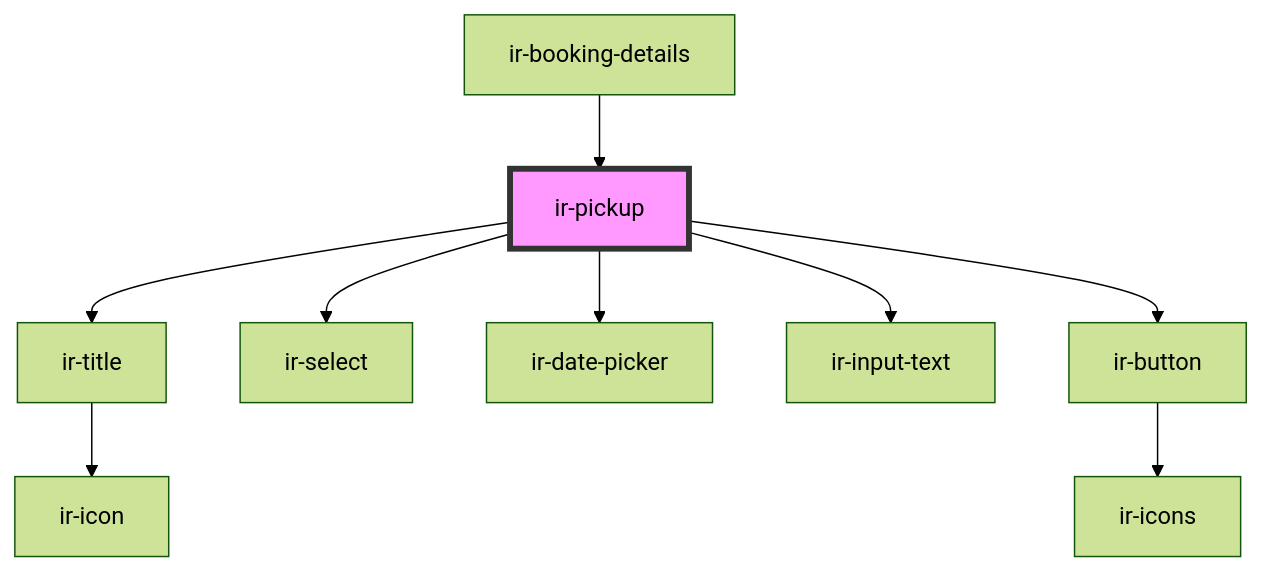
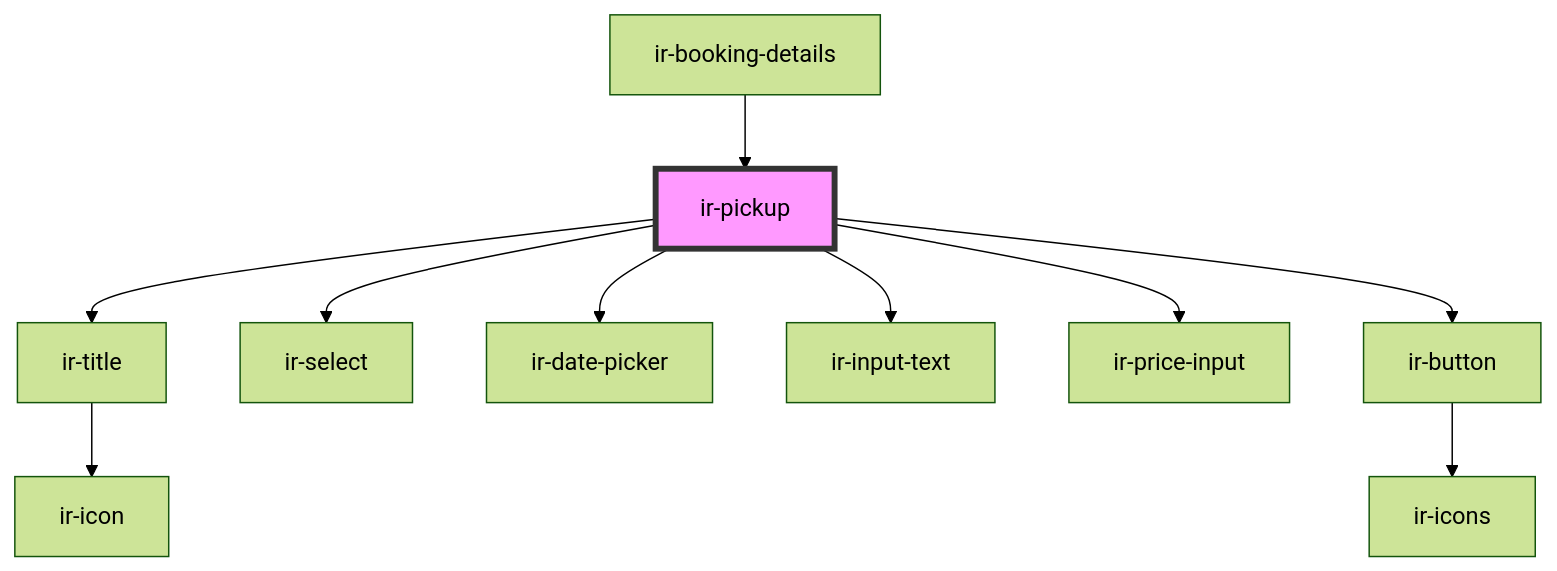
Before and after one commit to David1Chowaifaty/modified-ir-webcmp: the diagram in src/components/ir-booking-details/ir-pickup/readme.md, drawn with Mermaid (forest theme). The commit also changed other lines of this file and 18 other files, not shown here.

````diff
--- a/src/components/ir-booking-details/ir-pickup/readme.md
+++ b/src/components/ir-booking-details/ir-pickup/readme.md
@@ -41,12 +42,13 @@
 ```mermaid
 graph TD;
   ir-pickup --> ir-title
   ir-pickup --> ir-select
   ir-pickup --> ir-date-picker
   ir-pickup --> ir-input-text
+  ir-pickup --> ir-price-input
   ir-pickup --> ir-button
   ir-title --> ir-icon
   ir-button --> ir-icons
   ir-booking-details --> ir-pickup
   style ir-pickup fill:#f9f,stroke:#333,stroke-width:4px
 ```
````
